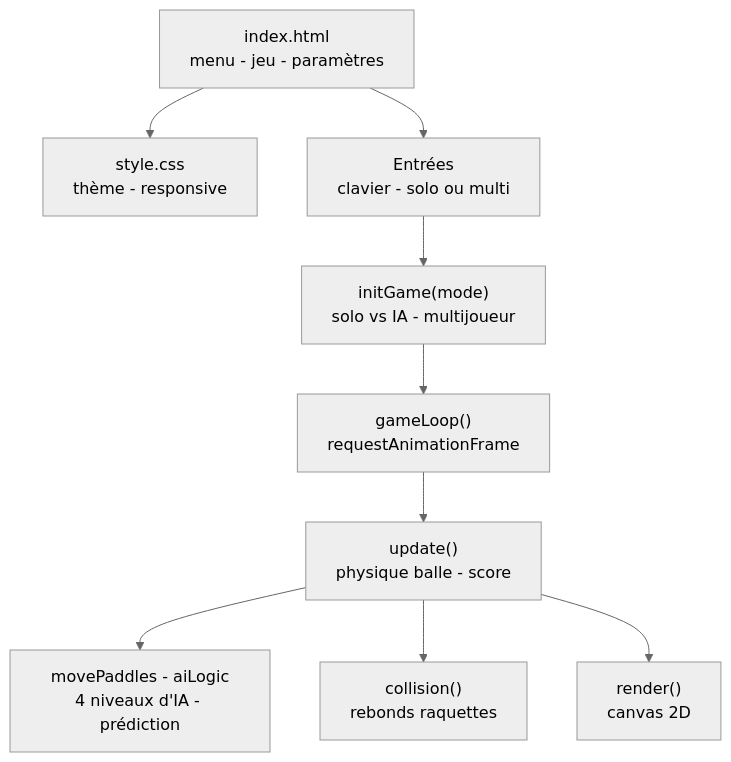
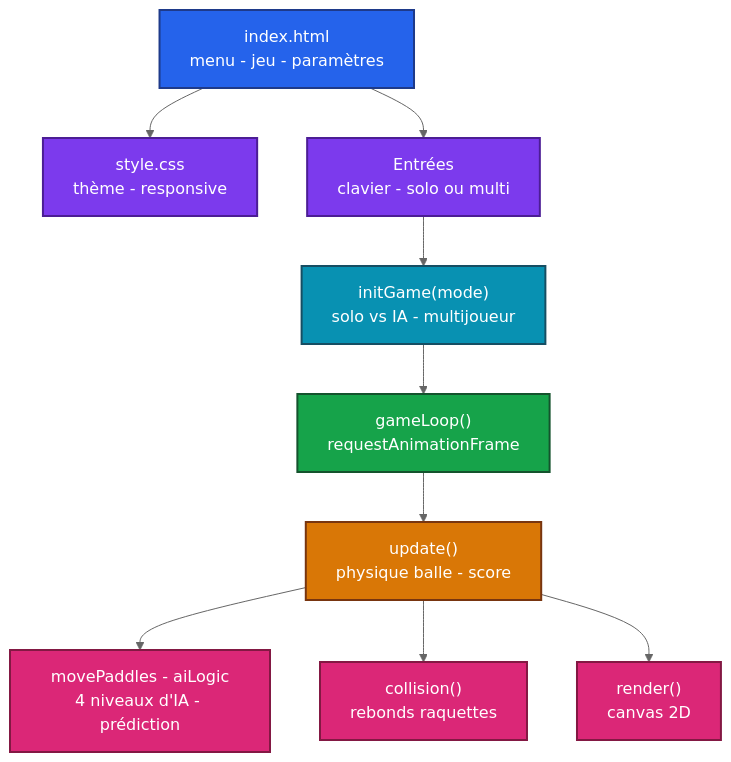
The diagram in README.md (Adam-Blf/Pong-Game), drawn with Mermaid (neutral theme) before and after one commit.

Commit message:
docs: add colors to mermaid diagrams (#3)
Each node gets a palette class (by subgraph or by flow depth), subgraphs are tinted, non-flowchart diagrams use a colored base theme. Validated by rendering every diagram before and after.

````diff
--- a/README.md
+++ b/README.md
@@ -19,21 +19,34 @@
 ```mermaid
 flowchart TB
     HTML["index.html<br/>menu - jeu - paramètres"]
     CSS["style.css<br/>thème - responsive"]
     INPUT["Entrées<br/>clavier - solo ou multi"]
     INIT["initGame(mode)<br/>solo vs IA - multijoueur"]
     LOOP["gameLoop()<br/>requestAnimationFrame"]
     UPDATE["update()<br/>physique balle - score"]
     PADDLE["movePaddles - aiLogic<br/>4 niveaux d'IA - prédiction"]
     COLLISION["collision()<br/>rebonds raquettes"]
     RENDER["render()<br/>canvas 2D"]
 
     HTML --> CSS
     HTML --> INPUT
     INPUT --> INIT
     INIT --> LOOP
     LOOP --> UPDATE
     UPDATE --> PADDLE
     UPDATE --> COLLISION
     UPDATE --> RENDER
+
+    classDef c0 fill:#2563eb,stroke:#1e3a8a,stroke-width:2px,color:#ffffff
+    classDef c1 fill:#7c3aed,stroke:#4c1d95,stroke-width:2px,color:#ffffff
+    classDef c2 fill:#0891b2,stroke:#164e63,stroke-width:2px,color:#ffffff
+    classDef c3 fill:#16a34a,stroke:#14532d,stroke-width:2px,color:#ffffff
+    classDef c4 fill:#d97706,stroke:#78350f,stroke-width:2px,color:#ffffff
+    classDef c5 fill:#db2777,stroke:#831843,stroke-width:2px,color:#ffffff
+    class HTML c0
+    class CSS,INPUT c1
+    class INIT c2
+    class LOOP c3
+    class UPDATE c4
+    class PADDLE,COLLISION,RENDER c5
 ```
````
